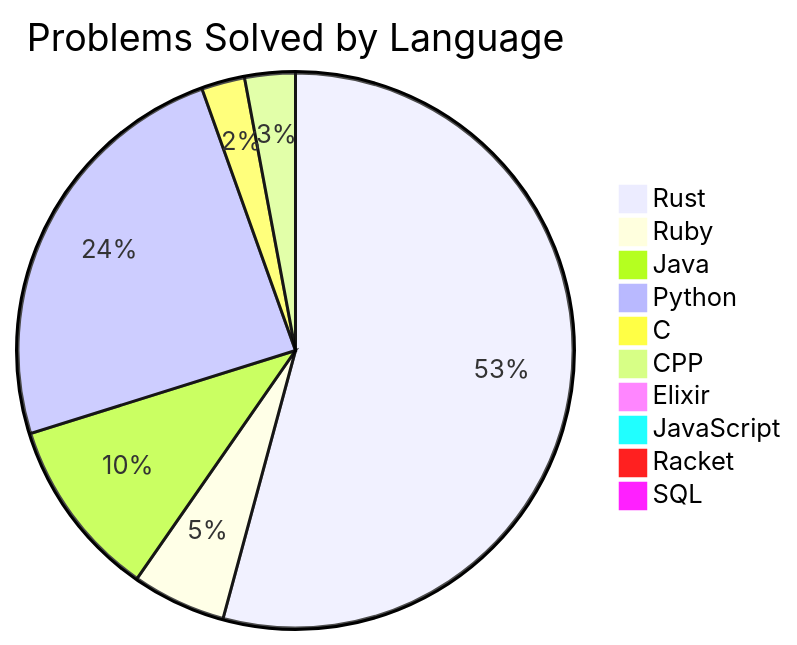
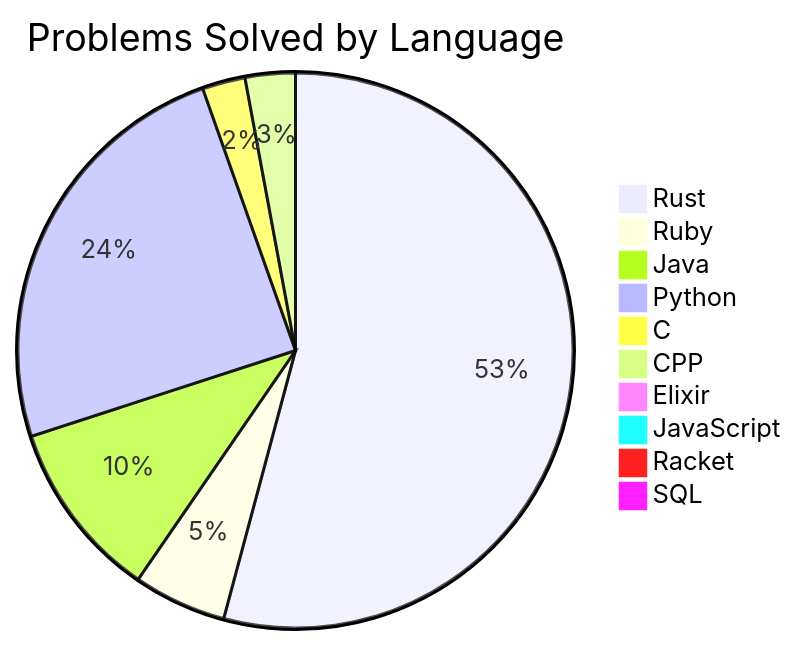
Before and after one commit to Liam-Wirth/leetcode-solutions: the diagram in README.md, drawn with Mermaid. The commit also changed other lines of this file and 5 other files, not shown here.

````diff
--- a/README.md
+++ b/README.md
@@ -29,13 +29,13 @@
 ```mermaid
 pie title Problems Solved by Language
-    "Rust": 129
+    "Rust": 130
     "Ruby": 13
     "Java": 25
-    "Python": 58
+    "Python": 59
     "C": 6
     "CPP": 7
     "Elixir": 1
     "JavaScript": 2
     "Racket": 1
     "SQL": 2
 ```
````
